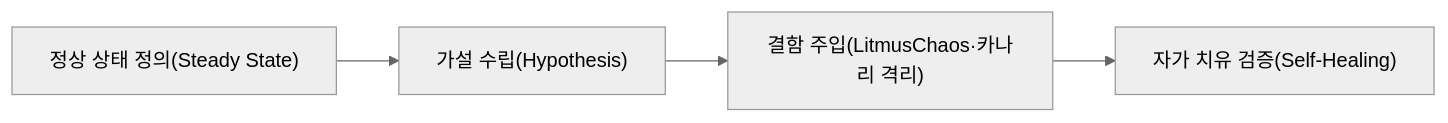
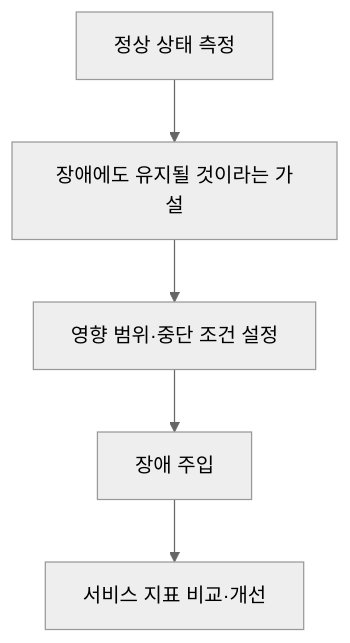
Before and after one commit to agnusdei1207/study: the first of 3 diagrams in src/content/docs/notes/itpe/02-software-engineering/176_chaos_test.md, drawn with Mermaid (neutral theme). The commit also changed other lines of this file and 10 other files, not shown here.

````diff
--- a/src/content/docs/notes/itpe/02-software-engineering/176_chaos_test.md
+++ b/src/content/docs/notes/itpe/02-software-engineering/176_chaos_test.md
@@ -58,6 +56,7 @@
 ```mermaid
-flowchart LR
-    A["정상 상태 정의(Steady State)"] --> B["가설 수립(Hypothesis)"]
-    B --> C["결함 주입(LitmusChaos·카나리 격리)"]
-    C --> D["자가 치유 검증(Self-Healing)"]
+flowchart TD
+    A[정상 상태 측정] --> B[장애에도 유지될 것이라는 가설]
+    B --> C[영향 범위·중단 조건 설정]
+    C --> D[장애 주입]
+    D --> E[서비스 지표 비교·개선]
 ```
````
